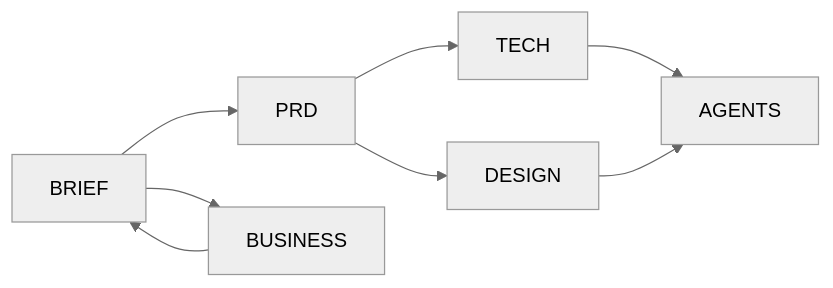
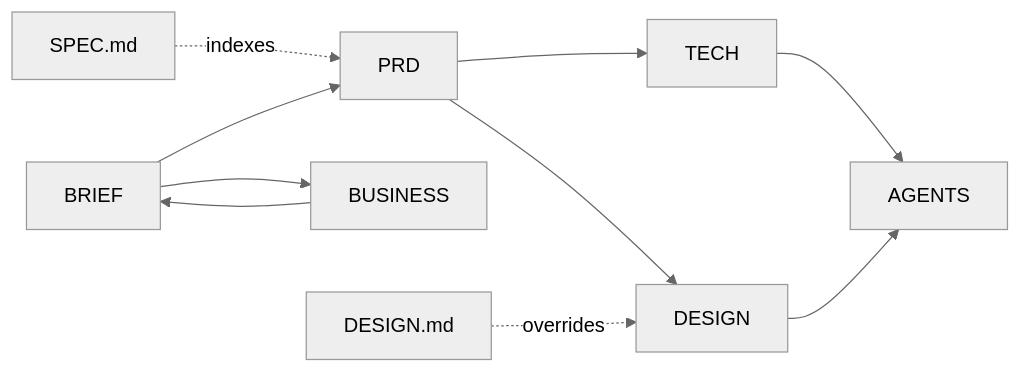
One commit to xb3sox/dmcloser changed the diagram in docs/README.md. Above: the diagram before and after it, drawn with Mermaid (neutral theme). The commit also changed other lines of this file and 15 other files, not shown here.

````diff
--- a/docs/README.md
+++ b/docs/README.md
@@ -21,10 +49,12 @@
 ```mermaid
 flowchart LR
  B[BRIEF] --> P[PRD]
  B --> F[BUSINESS]
  P --> T[TECH]
  P --> D[DESIGN]
  T --> A[AGENTS]
  D --> A
  F --> B
+ S[SPEC.md] -.indexes.-> P
+ R[DESIGN.md] -.overrides.-> D
 ```
````
